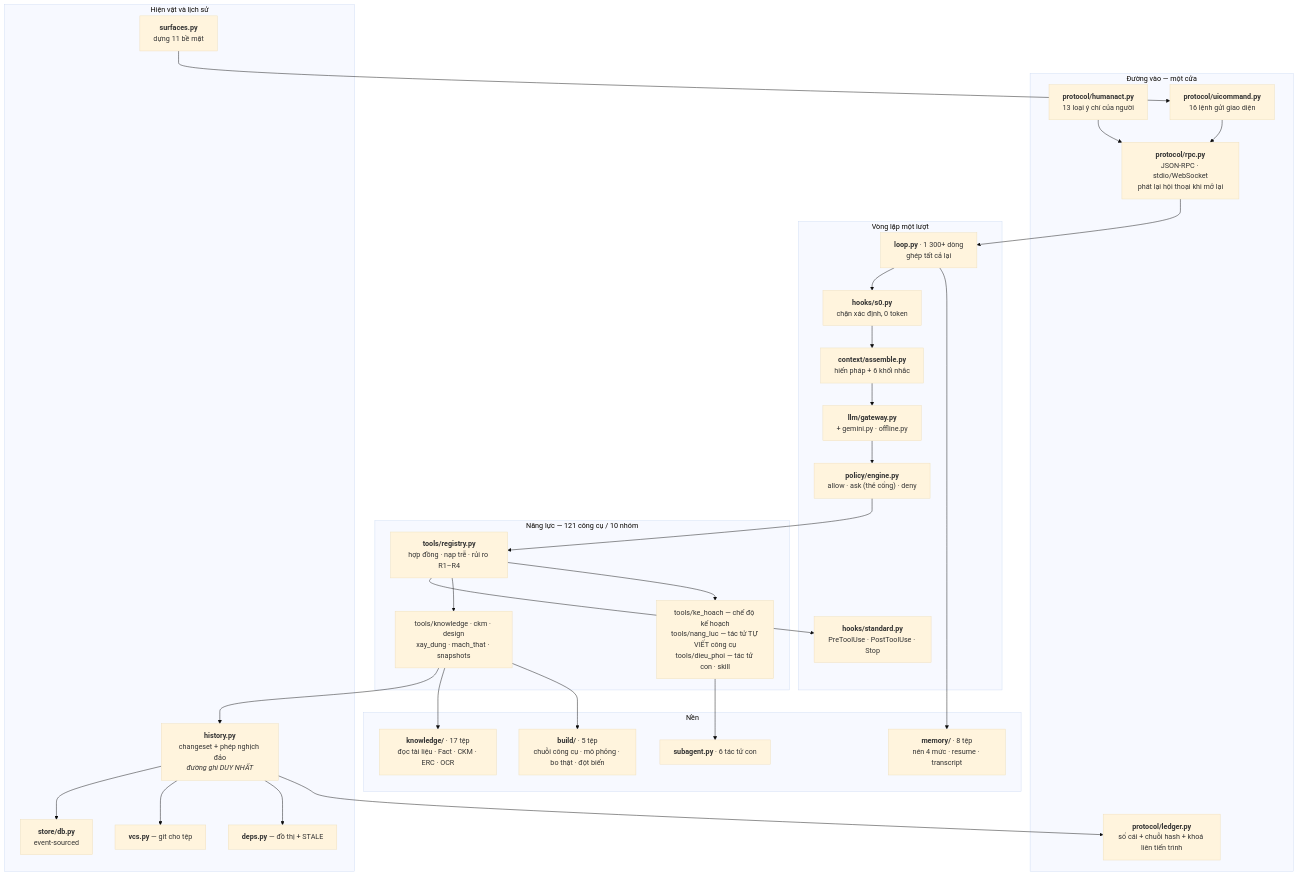
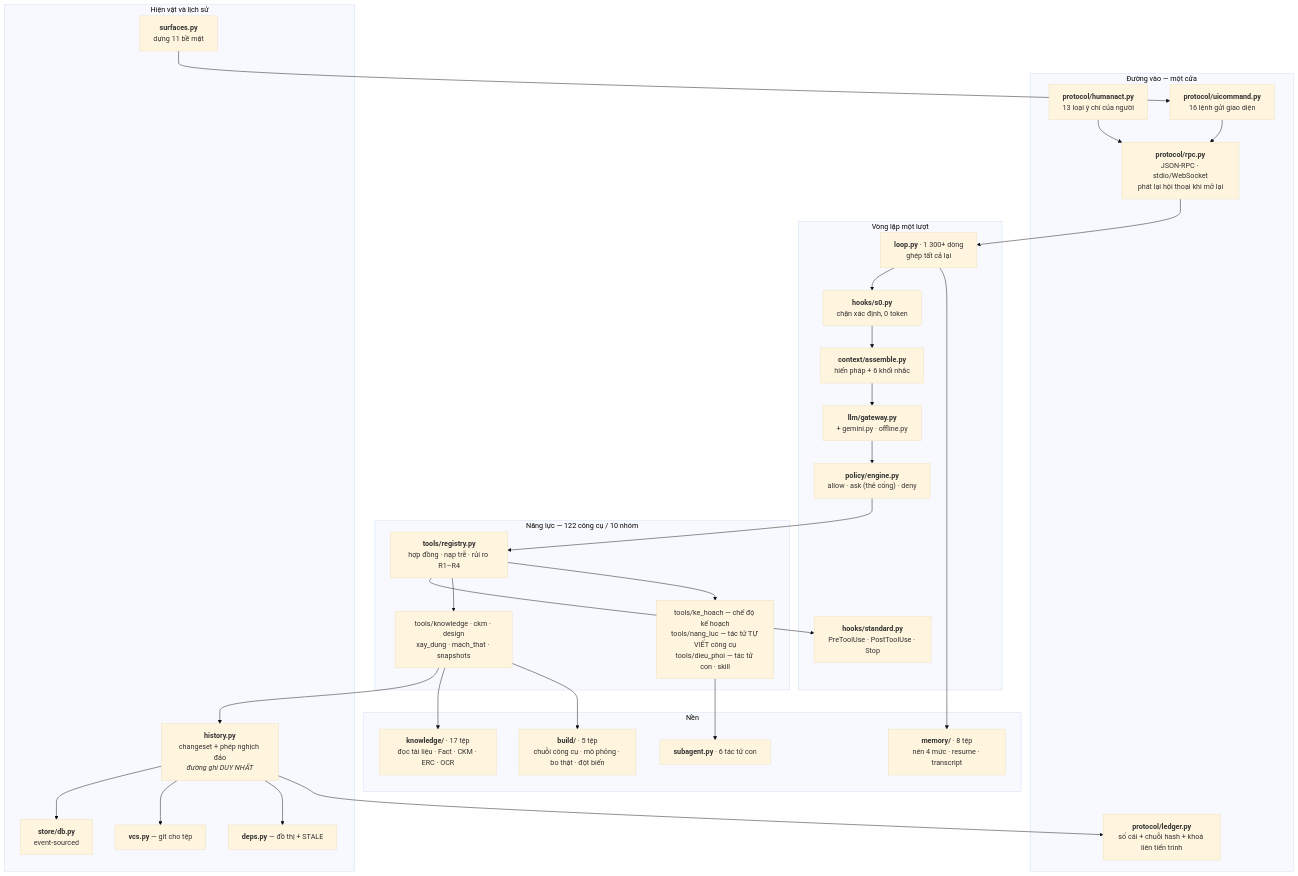
Before and after one commit to mobiluckvn/EIDEv3: the third of 3 diagrams in docs/md/EIDE-C4-46_Kien_truc_theo_mo_hinh_C4.md, drawn with Mermaid (base theme). The commit also changed 18 other files, not shown here.

````diff
--- a/docs/md/EIDE-C4-46_Kien_truc_theo_mo_hinh_C4.md
+++ b/docs/md/EIDE-C4-46_Kien_truc_theo_mo_hinh_C4.md
@@ -123,50 +123,50 @@
 ```mermaid
 graph TB
     subgraph Vao["Đường vào — một cửa"]
         RPC["<b>protocol/rpc.py</b><br/>JSON-RPC · stdio/WebSocket<br/>phát lại hội thoại khi mở lại"]
         HA["<b>protocol/humanact.py</b><br/>13 loại ý chí của người"]
         UIC["<b>protocol/uicommand.py</b><br/>16 lệnh gửi giao diện"]
         LEDGER["<b>protocol/ledger.py</b><br/>sổ cái + chuỗi hash + khoá liên tiến trình"]
     end
 
     subgraph Vong["Vòng lặp một lượt"]
         LOOP["<b>loop.py</b> · 1 300+ dòng<br/>ghép tất cả lại"]
         S0["<b>hooks/s0.py</b><br/>chặn xác định, 0 token"]
         CTX["<b>context/assemble.py</b><br/>hiến pháp + 6 khối nhắc"]
         LLM["<b>llm/gateway.py</b><br/>+ gemini.py · offline.py"]
         POL["<b>policy/engine.py</b><br/>allow · ask (thẻ cổng) · deny"]
         HOOK["<b>hooks/standard.py</b><br/>PreToolUse · PostToolUse · Stop"]
     end
 
-    subgraph Nang["Năng lực — 121 công cụ / 10 nhóm"]
+    subgraph Nang["Năng lực — 122 công cụ / 10 nhóm"]
         REG["<b>tools/registry.py</b><br/>hợp đồng · nạp trễ · rủi ro R1–R4"]
         T1["tools/knowledge · ckm · design<br/>xay_dung · mach_that · snapshots"]
         T2["tools/ke_hoach — chế độ kế hoạch<br/>tools/nang_luc — tác tử TỰ VIẾT công cụ<br/>tools/dieu_phoi — tác tử con · skill"]
     end
 
     subgraph Hien["Hiện vật và lịch sử"]
         STORE["<b>store/db.py</b><br/>event-sourced"]
         HIST["<b>history.py</b><br/>changeset + phép nghịch đảo<br/><i>đường ghi DUY NHẤT</i>"]
         VCS["<b>vcs.py</b> — git cho tệp"]
         DEPS["<b>deps.py</b> — đồ thị + STALE"]
         SURF["<b>surfaces.py</b><br/>dựng 11 bề mặt"]
     end
 
     subgraph Nen["Nền"]
         KNOW["<b>knowledge/</b> · 17 tệp<br/>đọc tài liệu · Fact · CKM · ERC · OCR"]
         BUILD["<b>build/</b> · 5 tệp<br/>chuỗi công cụ · mô phỏng · bo thật · đột biến"]
         MEM["<b>memory/</b> · 8 tệp<br/>nén 4 mức · resume · transcript"]
         SUB["<b>subagent.py</b> · 6 tác tử con"]
     end
 
     RPC --> LOOP
     HA --> RPC
     LOOP --> S0 --> CTX --> LLM --> POL --> REG --> HOOK
     REG --> T1 & T2
     T1 --> HIST --> STORE & VCS & DEPS
     HIST --> LEDGER
     SURF --> UIC --> RPC
     T1 --> KNOW & BUILD
     LOOP --> MEM
     T2 --> SUB
 ```
````
